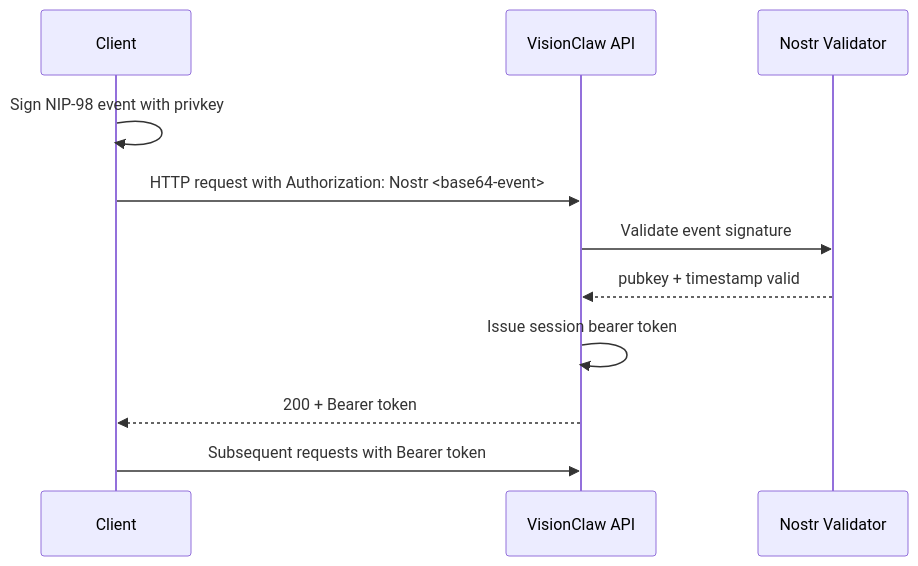
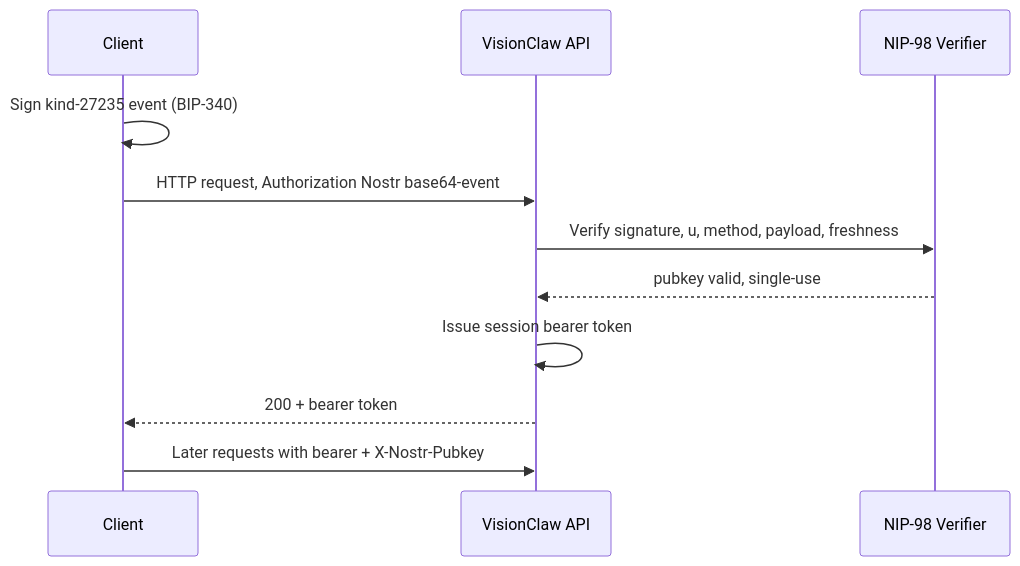
The second of 3 diagrams in docs/explanation/security-model.md (DreamLab-AI/AR-AI-Knowledge-Graph), drawn with Mermaid before and after one commit. The commit also changed other lines of this file and 455 other files, not shown here.

````diff
--- a/docs/explanation/security-model.md
+++ b/docs/explanation/security-model.md
@@ -128,14 +123,13 @@
 ```mermaid
 sequenceDiagram
-    participant Client
-    participant Server as VisionClaw API
-    participant Nostr as Nostr Validator
-
-    Client->>Client: Sign NIP-98 event with privkey
-    Client->>Server: HTTP request with Authorization: Nostr <base64-event>
-    Server->>Nostr: Validate event signature
-    Nostr-->>Server: pubkey + timestamp valid
-    Server->>Server: Issue session bearer token
-    Server-->>Client: 200 + Bearer token
-    Client->>Server: Subsequent requests with Bearer token
+    participant C as Client
+    participant S as VisionClaw API
+    participant V as NIP-98 Verifier
+    C->>C: Sign kind-27235 event (BIP-340)
+    C->>S: HTTP request, Authorization Nostr base64-event
+    S->>V: Verify signature, u, method, payload, freshness
+    V-->>S: pubkey valid, single-use
+    S->>S: Issue session bearer token
+    S-->>C: 200 + bearer token
+    C->>S: Later requests with bearer + X-Nostr-Pubkey
 ```
````
